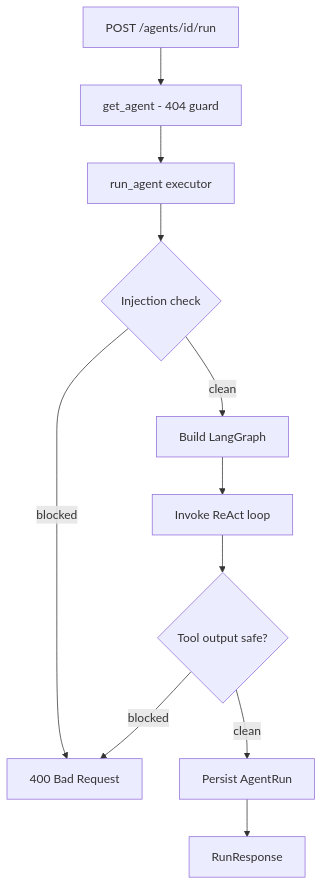
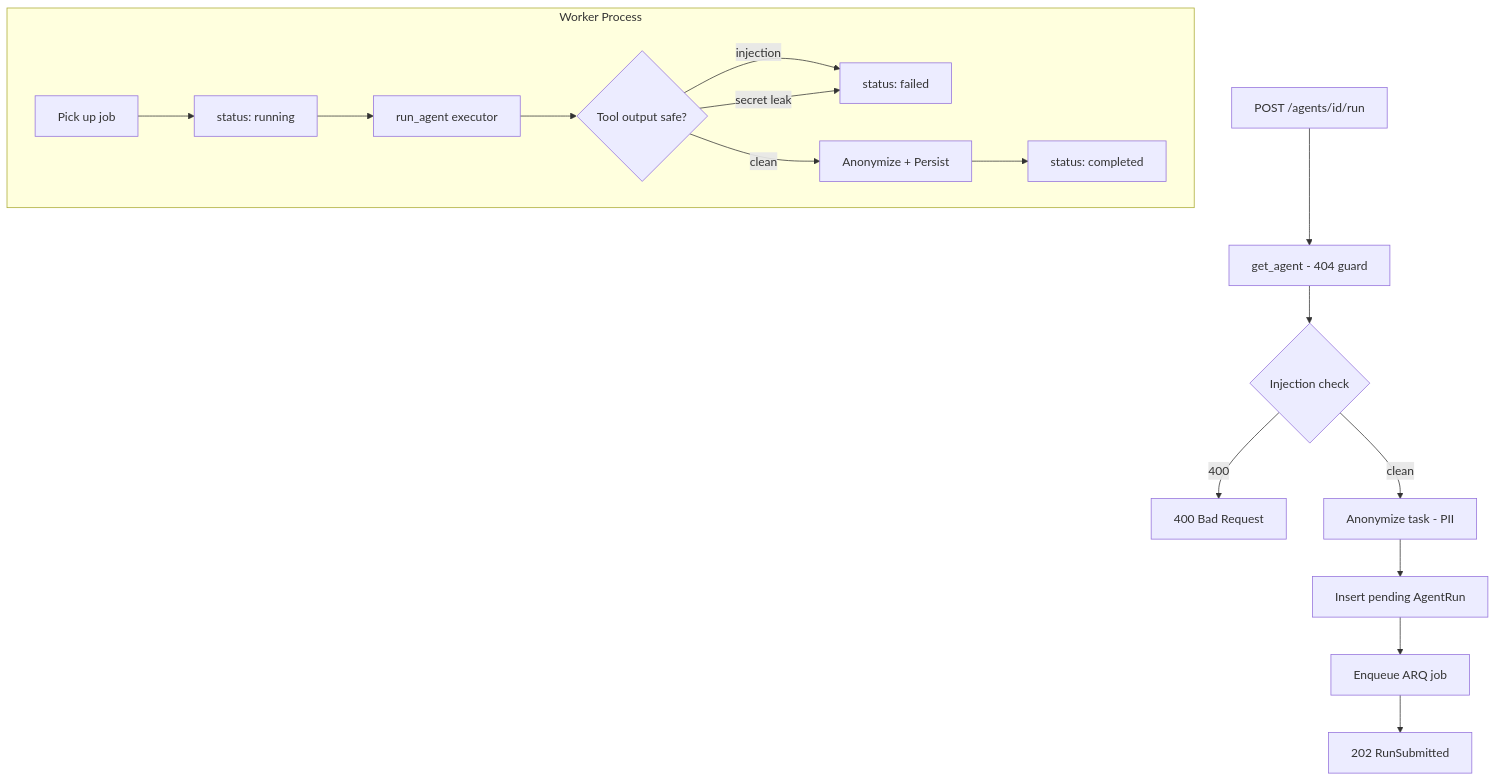
Before and after one commit to EladAriel/mini-agent-platform: the second of 2 diagrams in docs/api.md, drawn with Mermaid. The commit also changed other lines of this file and 53 other files, not shown here.

````diff
--- a/docs/api.md
+++ b/docs/api.md
@@ -81,13 +119,20 @@
 ```mermaid
 flowchart TD
     A[POST /agents/id/run] --> B[get_agent - 404 guard]
-    B --> C[run_agent executor]
-    C --> D{Injection check}
-    D -- blocked --> E[400 Bad Request]
-    D -- clean --> F[Build LangGraph]
-    F --> G[Invoke ReAct loop]
-    G --> H{Tool output safe?}
-    H -- blocked --> E
-    H -- clean --> I[Persist AgentRun]
-    I --> J[RunResponse]
+    B --> C{Injection check}
+    C -- 400 --> E[400 Bad Request]
+    C -- clean --> AN[Anonymize task - PII]
+    AN --> D[Insert pending AgentRun]
+    D --> F[Enqueue ARQ job]
+    F --> G[202 RunSubmitted]
+
+    subgraph Worker[Worker Process]
+        W1[Pick up job] --> W2[status: running]
+        W2 --> W3[run_agent executor]
+        W3 --> W4{Tool output safe?}
+        W4 -- injection --> W5[status: failed]
+        W4 -- secret leak --> W5
+        W4 -- clean --> W6[Anonymize + Persist]
+        W6 --> W7[status: completed]
+    end
 ```
````
